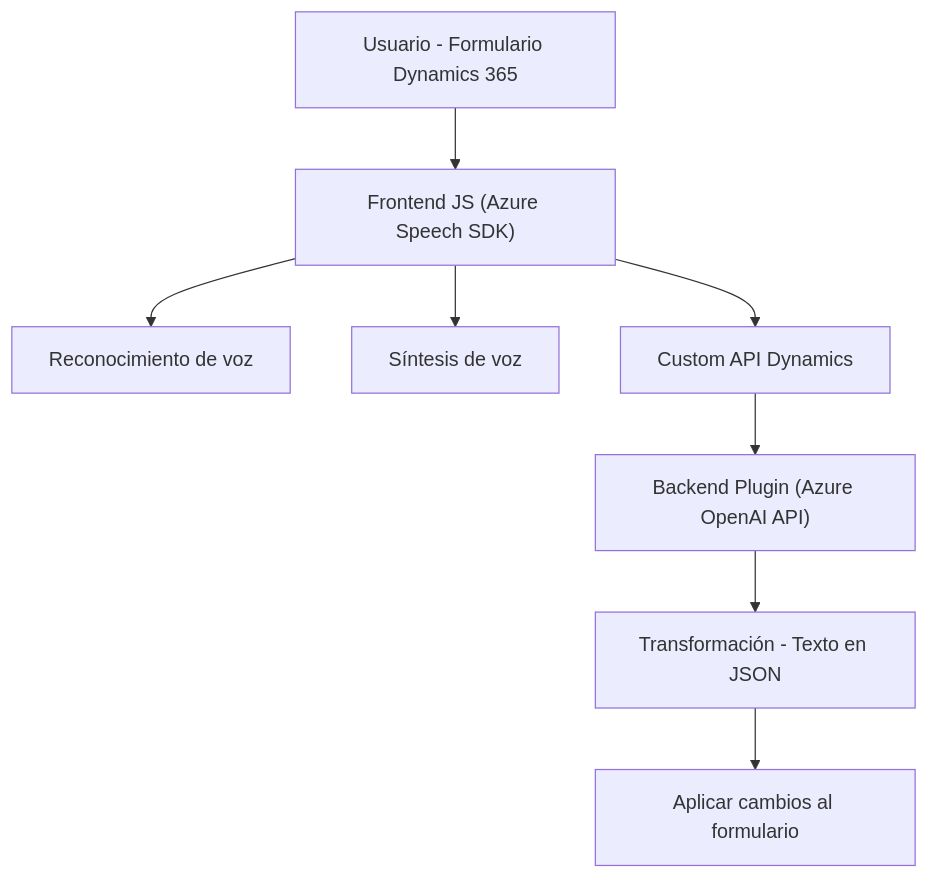
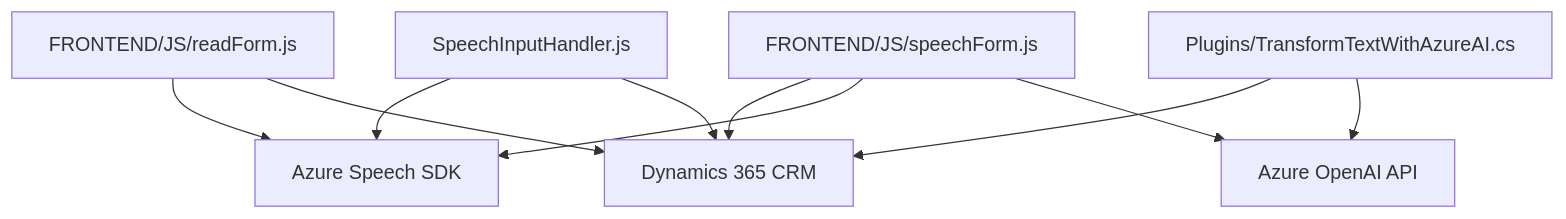
Before and after one commit to blopezdm/NETCORE_BILBAO2025: the diagram in README.md, drawn with Mermaid. The commit also changed other lines of this file, not shown here.

````diff
--- a/README.md
+++ b/README.md
@@ -42,10 +70,20 @@
 ```mermaid
 graph TD
-    A["Usuario - Formulario Dynamics 365"] --> B["Frontend JS (Azure Speech SDK)"]
-    B --> C["Reconocimiento de voz"]
-    B --> D["Síntesis de voz"]
-    B --> E["Custom API Dynamics"]
-    E --> F["Backend Plugin (Azure OpenAI API)"]
-    F --> G["Transformación - Texto en JSON"]
-    G --> H["Aplicar cambios al formulario"]
+    A["FRONTEND/JS/readForm.js"]
+    B["FRONTEND/JS/speechForm.js"]
+    C["SpeechInputHandler.js"]
+    D["Plugins/TransformTextWithAzureAI.cs"]
+    E["Azure Speech SDK"]
+    F["Dynamics 365 CRM"]
+    G["Azure OpenAI API"]
+    
+    A --> E
+    A --> F
+    B --> F
+    B --> E
+    B --> G
+    C --> E
+    C --> F
+    D --> F
+    D --> G
 ```
````
